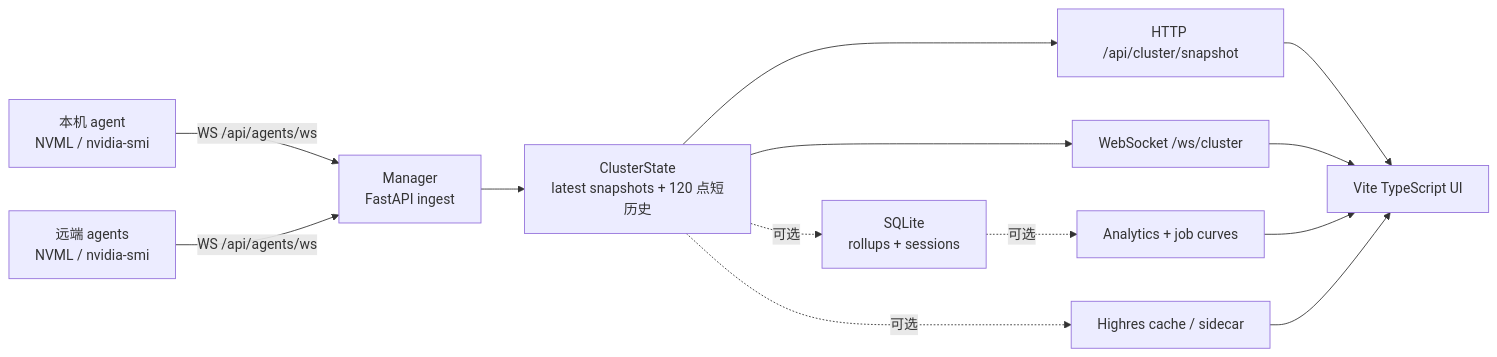
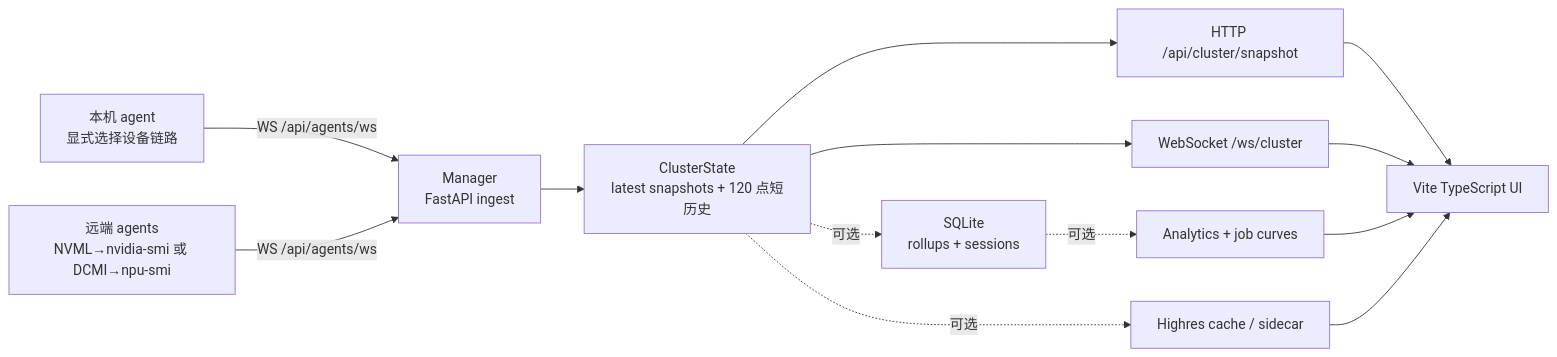
One commit to kuma-loong/Constella changed the second of 2 diagrams in README_zh.md. Above: the diagram before and after it, drawn with Mermaid. The commit also changed other lines of this file and 15 other files, not shown here.

````diff
--- a/README_zh.md
+++ b/README_zh.md
@@ -167,15 +178,15 @@
 ```mermaid
 flowchart LR
-  LA["本机 agent<br/>NVML / nvidia-smi"] -->|"WS /api/agents/ws"| M["Manager<br/>FastAPI ingest"]
-  RA["远端 agents<br/>NVML / nvidia-smi"] -->|"WS /api/agents/ws"| M
+  LA["本机 agent<br/>显式选择设备链路"] -->|"WS /api/agents/ws"| M["Manager<br/>FastAPI ingest"]
+  RA["远端 agents<br/>NVML→nvidia-smi 或 DCMI→npu-smi"] -->|"WS /api/agents/ws"| M
   M --> S["ClusterState<br/>latest snapshots + 120 点短历史"]
   S --> API["HTTP /api/cluster/snapshot"]
   S --> WS["WebSocket /ws/cluster"]
   S -.可选.-> DB["SQLite<br/>rollups + sessions"]
   DB -.可选.-> AN["Analytics + job curves"]
   S -.可选.-> HR["Highres cache / sidecar"]
   API --> UI["Vite TypeScript UI"]
   WS --> UI
   AN --> UI
   HR --> UI
 ```
````
